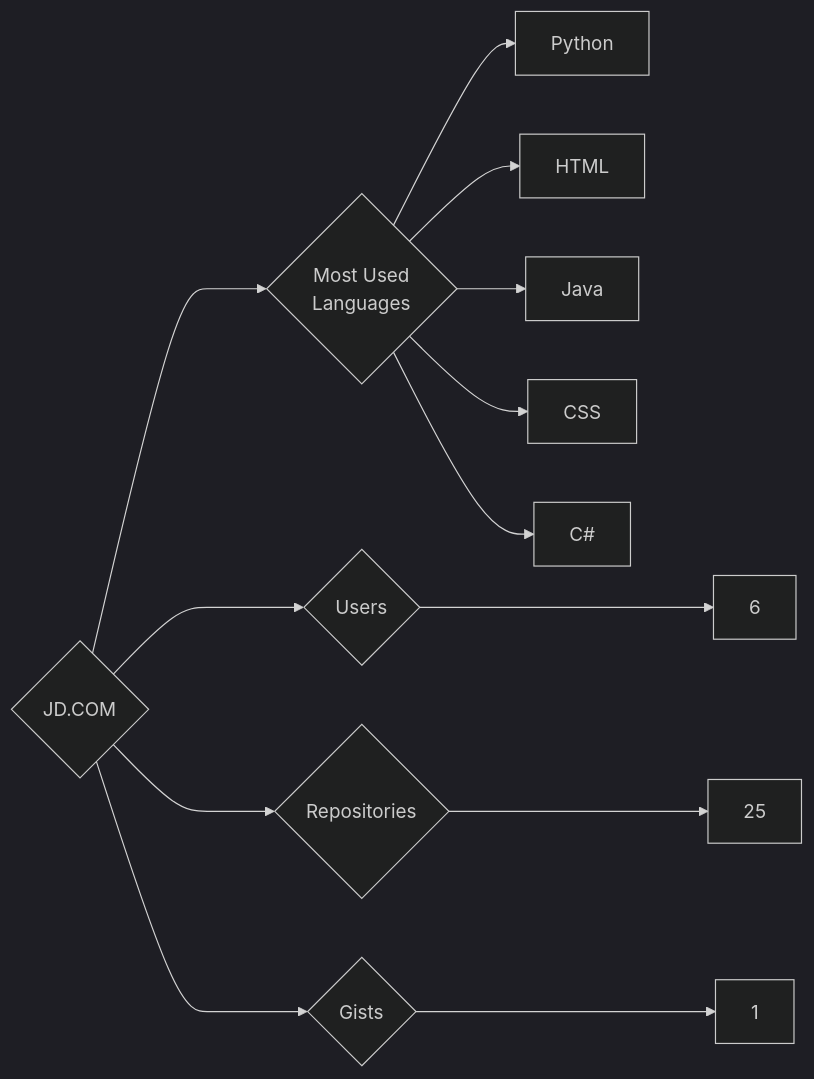
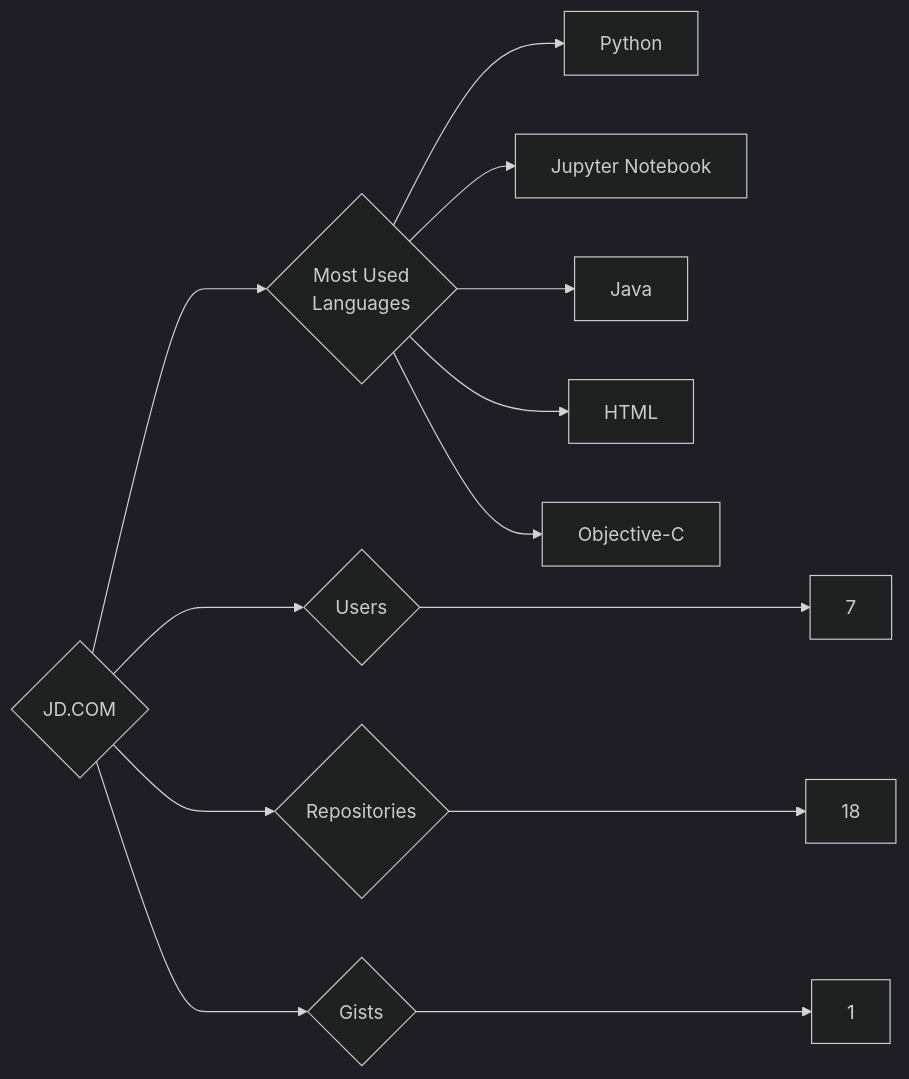
One commit to trickest/insiders changed the diagram in targets/JD.COM/README.md. Above: the diagram before and after it, drawn with Mermaid (dark theme). The commit also changed 718 other files, not shown here.

````diff
--- a/targets/JD.COM/README.md
+++ b/targets/JD.COM/README.md
@@ -3,13 +3,13 @@
 ```mermaid
 graph LR
 COMPANY_NAME{JD.COM}
-COMPANY_NAME ---> U{Users} ---> UN[6]
-COMPANY_NAME ---> R{Repositories} ---> RN[25]
+COMPANY_NAME ---> U{Users} ---> UN[7]
+COMPANY_NAME ---> R{Repositories} ---> RN[18]
 COMPANY_NAME ---> G{Gists} ---> GN[1]
 COMPANY_NAME ---> ML{Most Used<br>Languages}
 ML --> Python[Python]
+ML --> Jupyter_Notebook[Jupyter Notebook]
+ML --> Java[Java]
 ML --> HTML[HTML]
-ML --> Java[Java]
-ML --> CSS[CSS]
-ML --> C#[C#]
+ML --> Objective-C[Objective-C]
 ```
````
